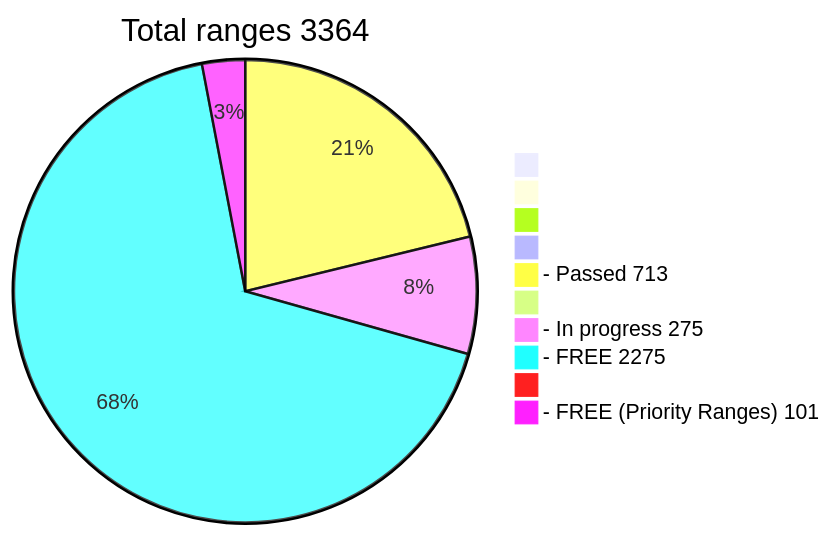
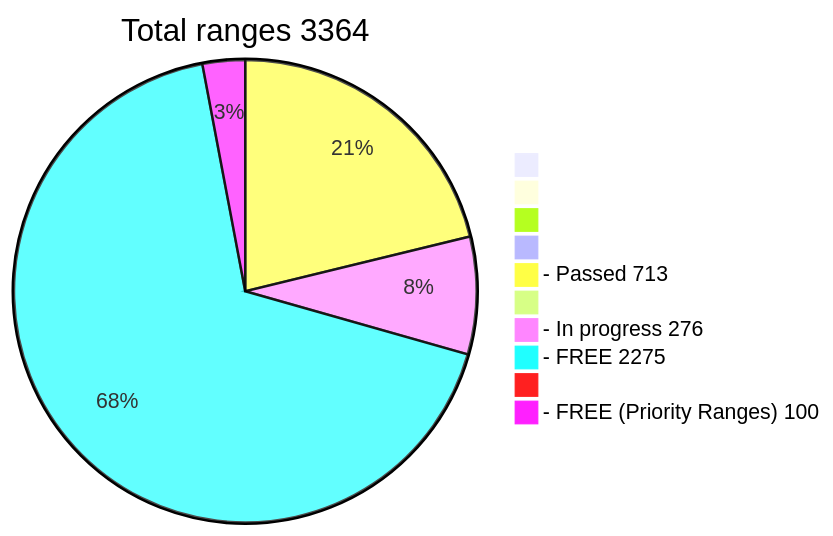
The diagram in README.md (phrutis/wif500), drawn with Mermaid before and after one commit.

````diff
--- a/README.md
+++ b/README.md
@@ -16,13 +16,13 @@
 ```mermaid
 pie title Total ranges 3364
              " " : 0
             "  " : 0
            "   " : 0
           "    " : 0
   "- Passed 713" : 713
          "     " : 0
-  "- In progress 275" : 275
+  "- In progress 276" : 276
    "- FREE 2275" : 2275
         "      " : 0
-  "- FREE (Priority Ranges) 101" : 101
+  "- FREE (Priority Ranges) 100" : 100
 ```
````
